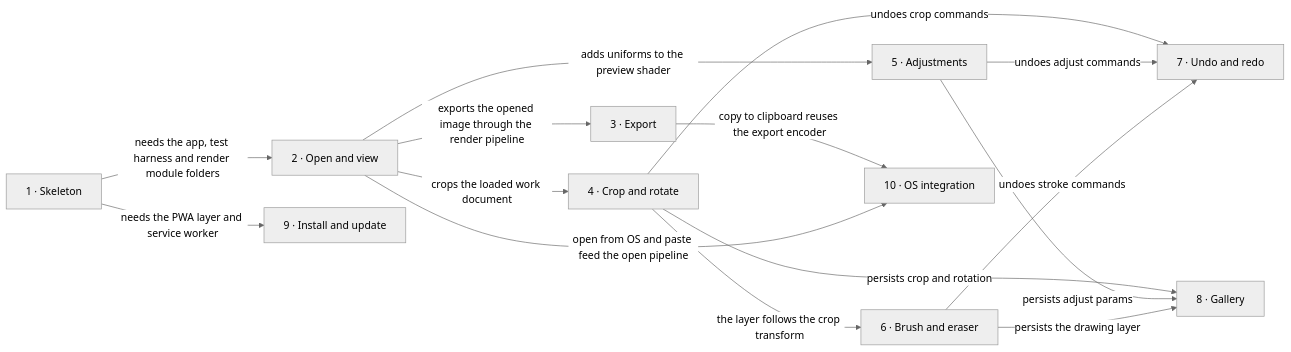
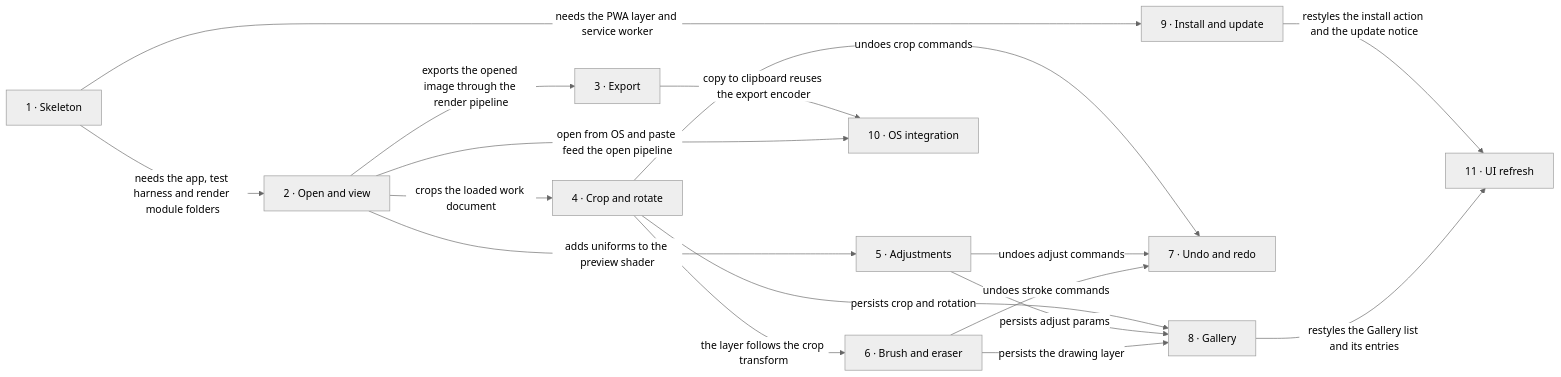
The diagram in docs/roadmap.md (Blazheiko/imgly), drawn with Mermaid (neutral theme) before and after one commit. The commit also changed other lines of this file and 4 other files, not shown here.

````diff
--- a/docs/roadmap.md
+++ b/docs/roadmap.md
@@ -69,17 +70,19 @@
 ```mermaid
 flowchart LR
   s1["1 · Skeleton"] -->|needs the app, test harness and render module folders| s2["2 · Open and view"]
   s1 -->|needs the PWA layer and service worker| s9["9 · Install and update"]
   s2 -->|exports the opened image through the render pipeline| s3["3 · Export"]
   s2 -->|crops the loaded work document| s4["4 · Crop and rotate"]
   s2 -->|adds uniforms to the preview shader| s5["5 · Adjustments"]
   s4 -->|the layer follows the crop transform| s6["6 · Brush and eraser"]
   s4 -->|undoes crop commands| s7["7 · Undo and redo"]
   s5 -->|undoes adjust commands| s7
   s6 -->|undoes stroke commands| s7
   s4 -->|persists crop and rotation| s8["8 · Gallery"]
   s5 -->|persists adjust params| s8
   s6 -->|persists the drawing layer| s8
   s3 -->|copy to clipboard reuses the export encoder| s10["10 · OS integration"]
   s2 -->|open from OS and paste feed the open pipeline| s10
+  s9 -->|restyles the install action and the update notice| s11["11 · UI refresh"]
+  s8 -->|restyles the Gallery list and its entries| s11
 ```
````
